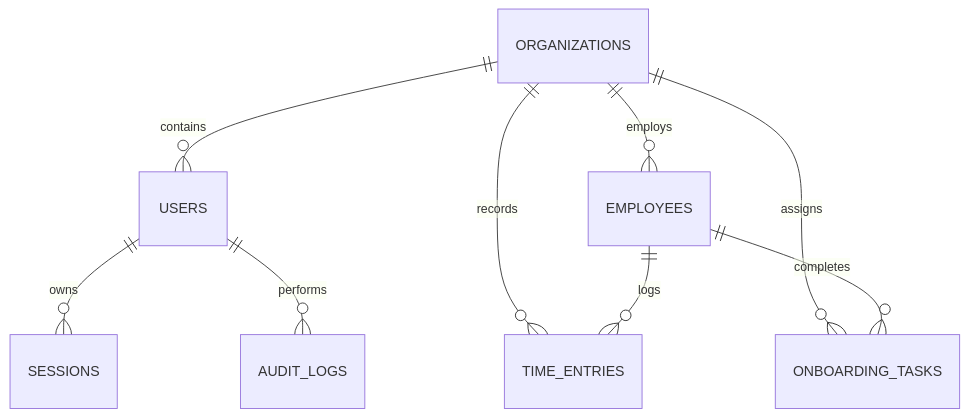
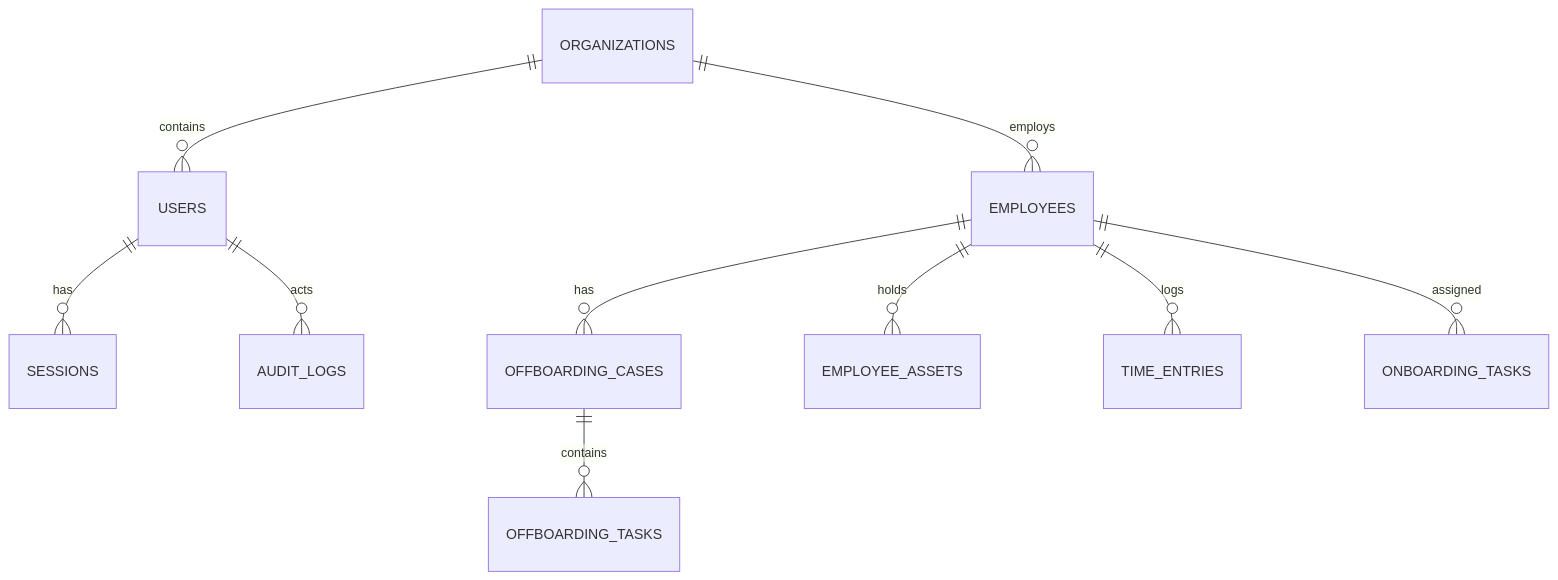
The fourth of 4 diagrams in docs/architecture.md (DevJel/jelhr-system), drawn with Mermaid before and after one commit. The commit also changed other lines of this file and 3 other files, not shown here.

Commit message:
Expand stack architecture and security documentation

````diff
--- a/docs/architecture.md
+++ b/docs/architecture.md
@@ -25,11 +91,12 @@
 ```mermaid
 erDiagram
   ORGANIZATIONS ||--o{ USERS : contains
   ORGANIZATIONS ||--o{ EMPLOYEES : employs
-  ORGANIZATIONS ||--o{ TIME_ENTRIES : records
-  ORGANIZATIONS ||--o{ ONBOARDING_TASKS : assigns
-  USERS ||--o{ SESSIONS : owns
-  USERS ||--o{ AUDIT_LOGS : performs
+  USERS ||--o{ SESSIONS : has
+  USERS ||--o{ AUDIT_LOGS : acts
+  EMPLOYEES ||--o{ OFFBOARDING_CASES : has
+  OFFBOARDING_CASES ||--o{ OFFBOARDING_TASKS : contains
+  EMPLOYEES ||--o{ EMPLOYEE_ASSETS : holds
   EMPLOYEES ||--o{ TIME_ENTRIES : logs
-  EMPLOYEES ||--o{ ONBOARDING_TASKS : completes
+  EMPLOYEES ||--o{ ONBOARDING_TASKS : assigned
 ```
````
